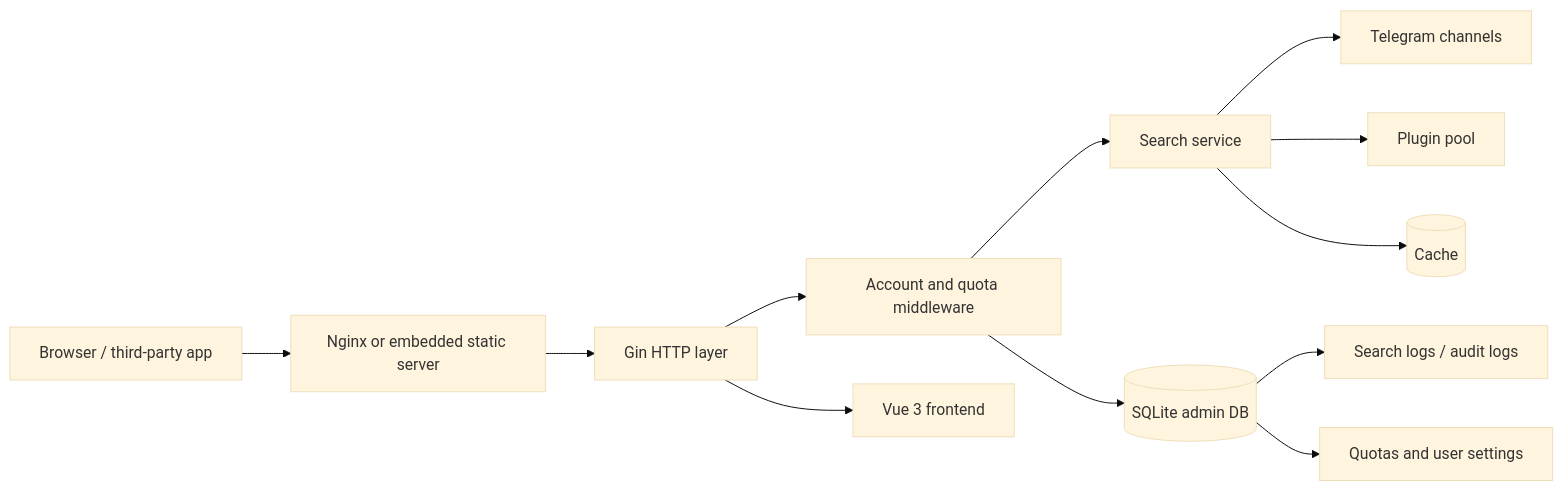
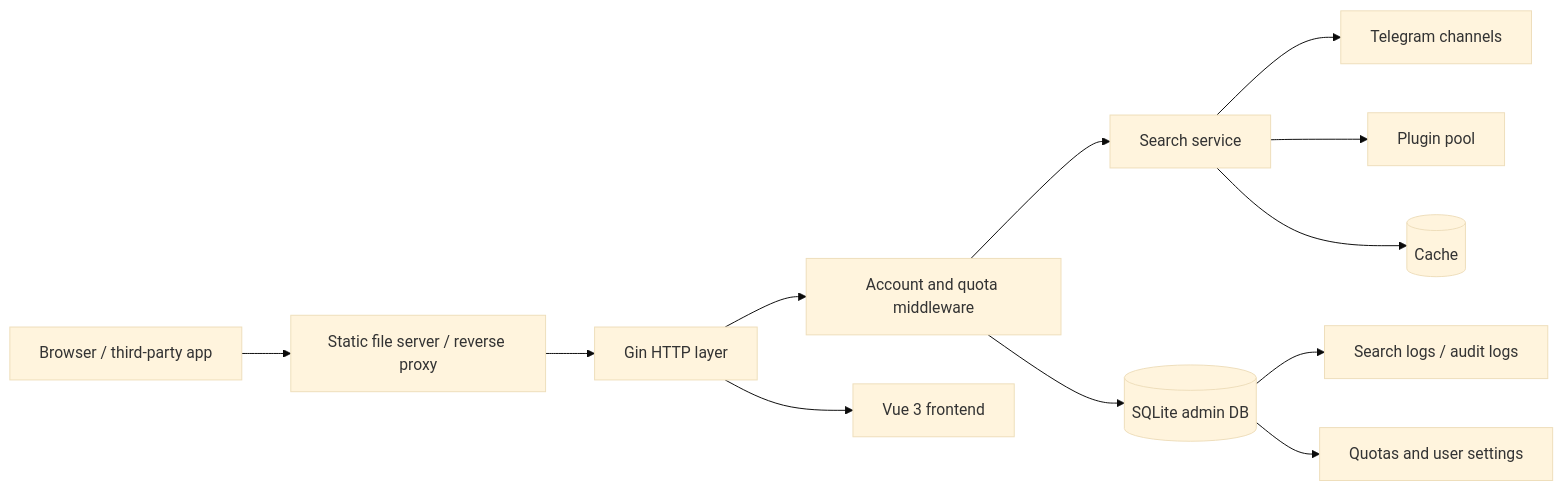
One commit to LiuShen-Fork/pansou-web changed the diagram in README.en.md. Above: the diagram before and after it, drawn with Mermaid (base theme). The commit also changed other lines of this file and 1 other file, not shown here.

````diff
--- a/README.en.md
+++ b/README.en.md
@@ -94,14 +94,14 @@
 ```mermaid
 flowchart LR
-    U[Browser / third-party app] --> N[Nginx or embedded static server]
+    U[Browser / third-party app] --> N[Static file server / reverse proxy]
     N --> G[Gin HTTP layer]
     G --> A[Account and quota middleware]
     A --> S[Search service]
     S --> T[Telegram channels]
     S --> P[Plugin pool]
     S --> C[(Cache)]
     A --> D[(SQLite admin DB)]
     D --> L[Search logs / audit logs]
     D --> Q[Quotas and user settings]
     G --> W[Vue 3 frontend]
 ```
````
